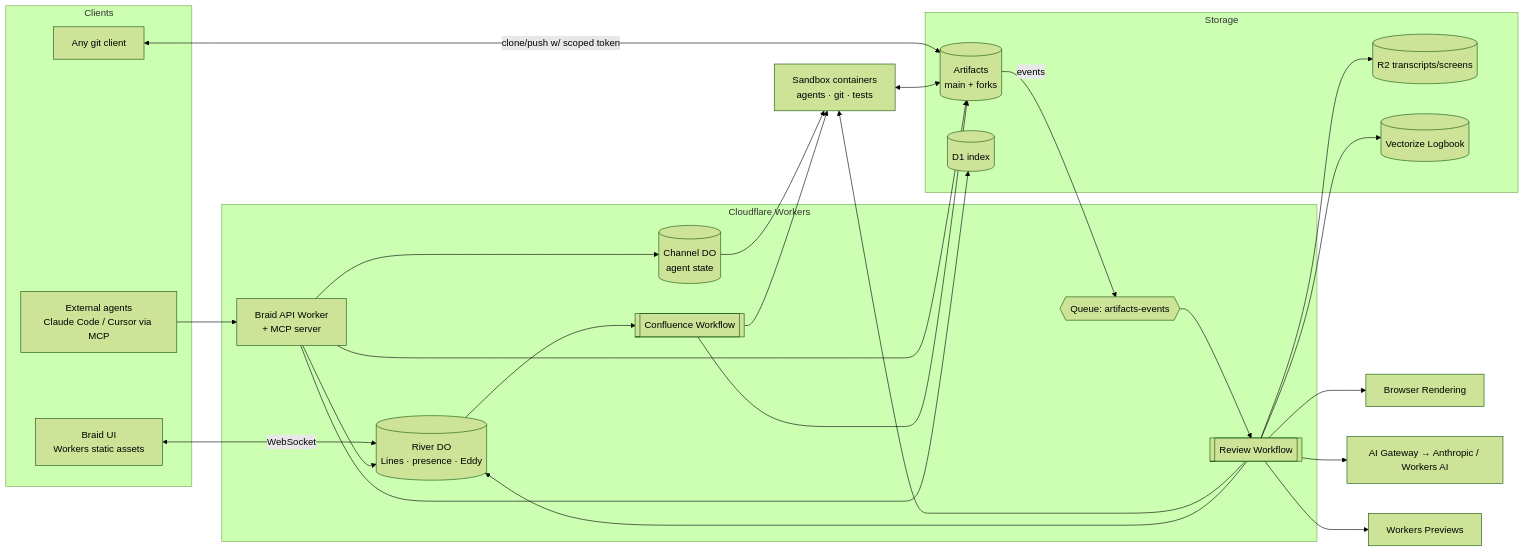
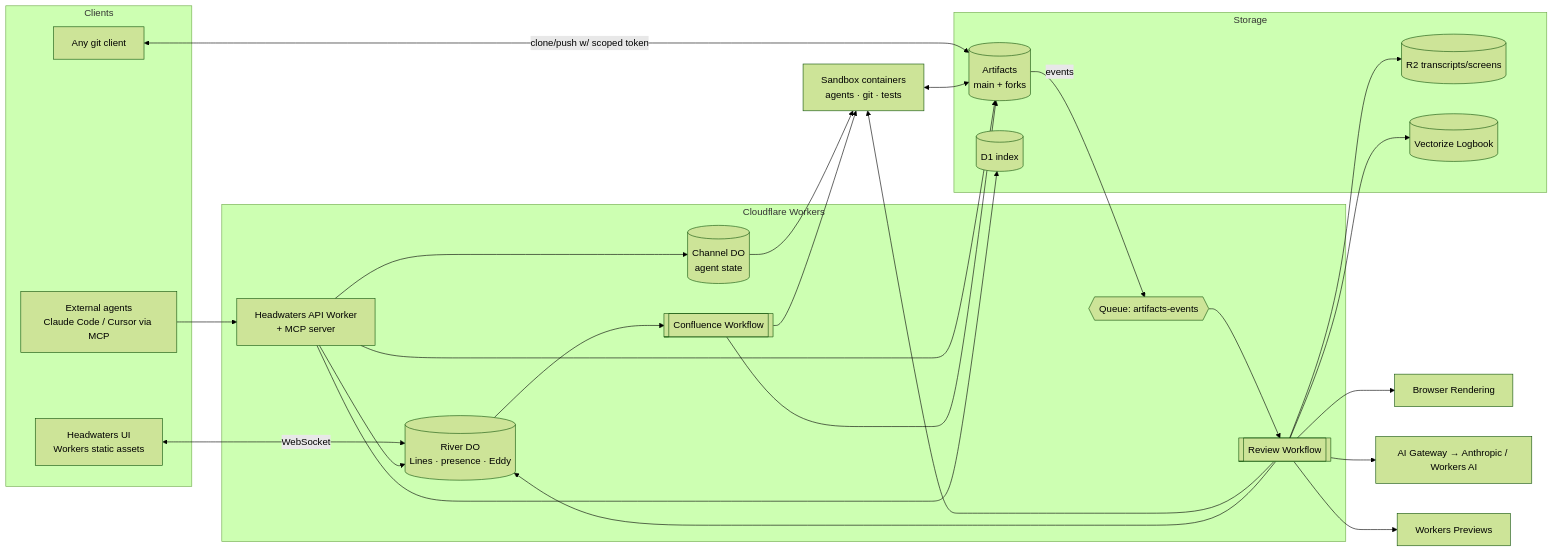
The diagram in docs/PLAN.md (Modern-Zen/braid), drawn with Mermaid (forest theme) before and after one commit. The commit also changed other lines of this file and 4 other files, not shown here.

````diff
--- a/docs/PLAN.md
+++ b/docs/PLAN.md
@@ -134,42 +136,42 @@
 ```mermaid
 flowchart LR
   subgraph Clients
-    UI[Braid UI<br/>Workers static assets]
+    UI[Headwaters UI<br/>Workers static assets]
     EXT[External agents<br/>Claude Code / Cursor via MCP]
     GIT[Any git client]
   end
 
   subgraph Edge[Cloudflare Workers]
-    API[Braid API Worker<br/>+ MCP server]
+    API[Headwaters API Worker<br/>+ MCP server]
     RIVER[(River DO<br/>Lines · presence · Eddy)]
     CH[(Channel DO<br/>agent state)]
     REV[[Review Workflow]]
     CONF[[Confluence Workflow]]
     Q{{Queue: artifacts-events}}
   end
 
   subgraph Storage
     ART[(Artifacts<br/>main + forks)]
     D1[(D1 index)]
     R2[(R2 transcripts/screens)]
     VEC[(Vectorize Logbook)]
   end
 
   SBX[Sandbox containers<br/>agents · git · tests]
   BR[Browser Rendering]
   AIG[AI Gateway → Anthropic / Workers AI]
   PREV[Workers Previews]
 
   UI <-->|WebSocket| RIVER
   EXT --> API
   API --> RIVER & CH & ART & D1
   GIT <-->|clone/push w/ scoped token| ART
   ART -- events --> Q --> REV
   REV --> SBX & BR & PREV & AIG
   CH --> SBX
   SBX <--> ART
   REV --> RIVER
   RIVER --> CONF --> SBX
   CONF --> ART
   REV --> R2 & VEC
 ```
````
